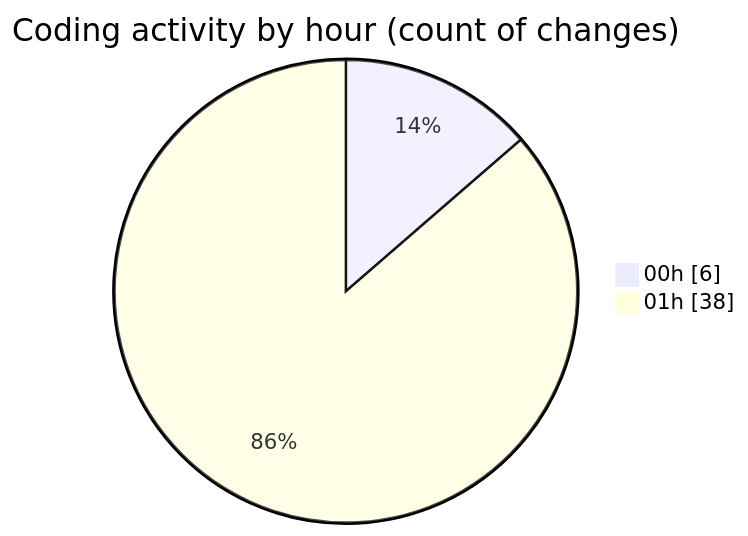
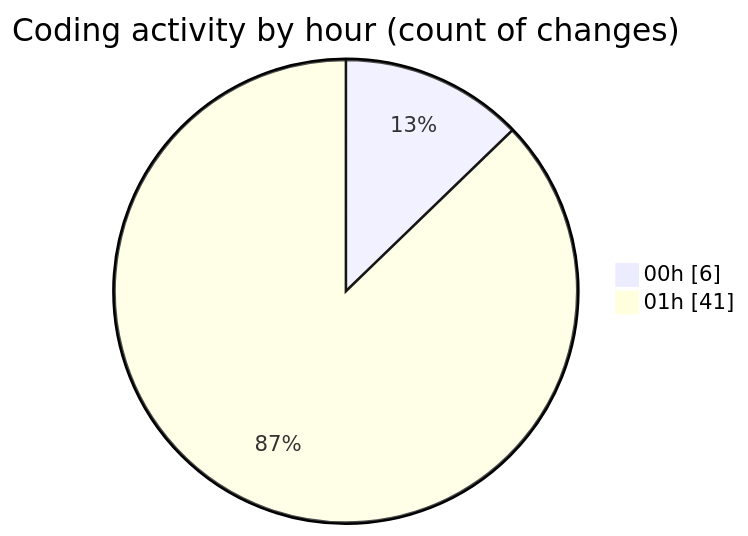
The second of 2 diagrams in 2025-06-22/archive/README.md (JenPaints/code-tracking), drawn with Mermaid before and after one commit. The commit also changed other lines of this file and 1 other file, not shown here.

````diff
--- a/2025-06-22/archive/README.md
+++ b/2025-06-22/archive/README.md
@@ -34,6 +35,6 @@
 ```mermaid
 pie showData
 title Coding activity by hour (count of changes)
 "00h" : 6
-"01h" : 38
+"01h" : 41
 ```
````
